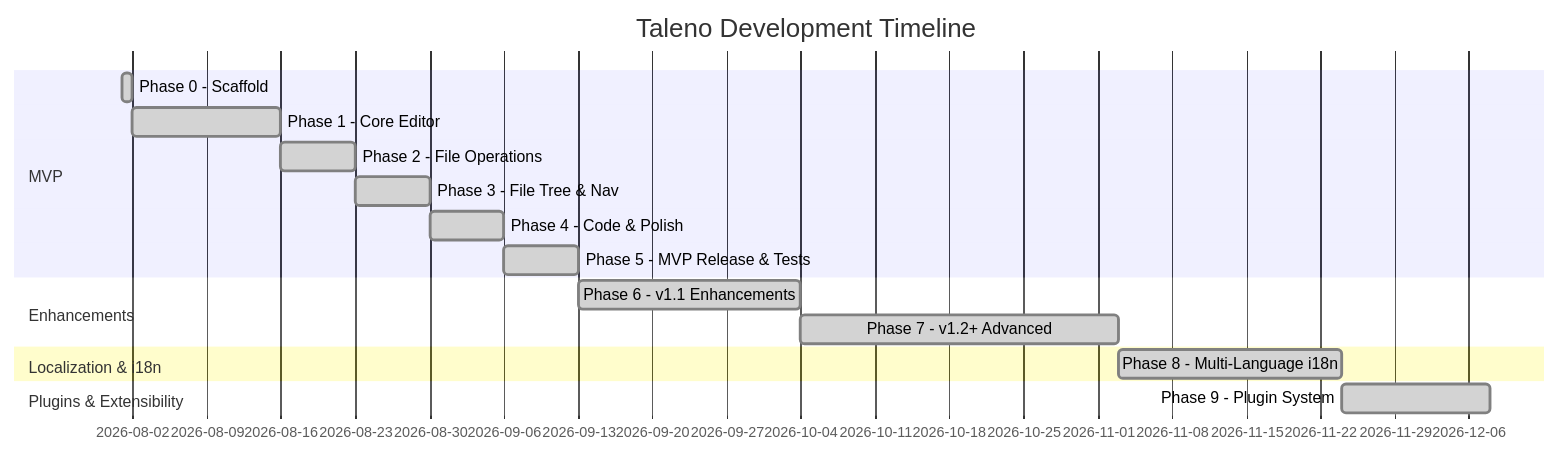
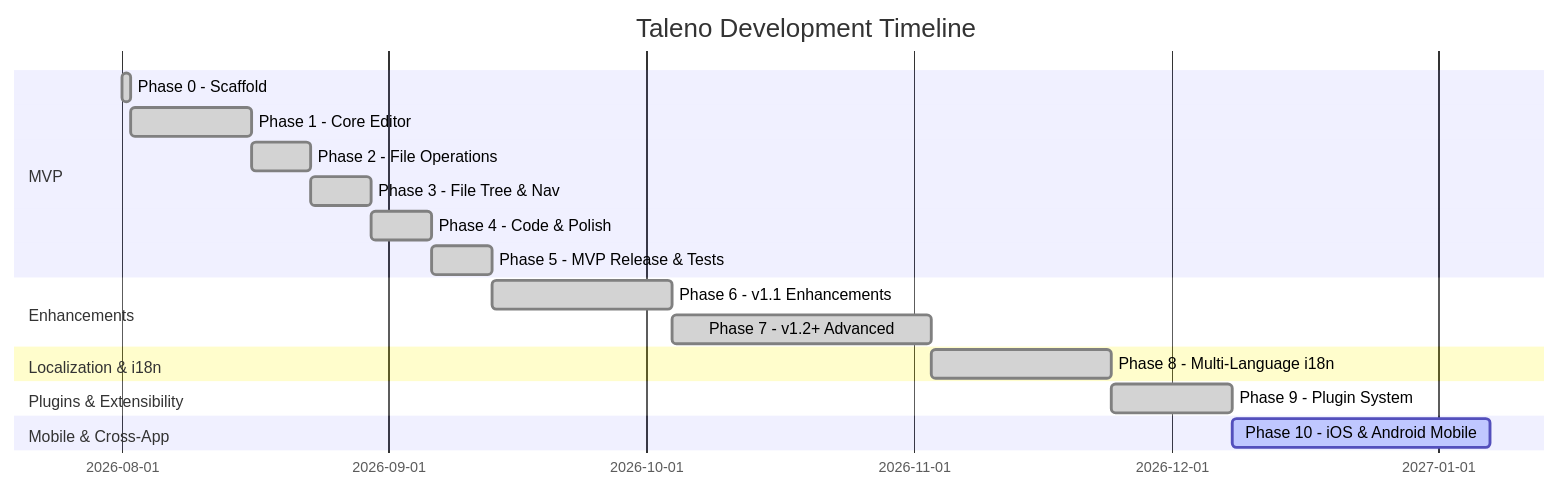
One commit to BerryUIKI/Lexora changed the diagram in docs/ROADMAP.md. Above: the diagram before and after it, drawn with Mermaid. The commit also changed other lines of this file and 5 other files, not shown here.

Commit message:
docs(mobile): add iOS and Android cross-platform documentation and architecture

````diff
--- a/docs/ROADMAP.md
+++ b/docs/ROADMAP.md
@@ -9,19 +9,21 @@
 ```mermaid
 gantt
     title Taleno Development Timeline
     dateFormat  YYYY-MM-DD
     section MVP
     Phase 0 - Scaffold             :done, p0, 2026-08-01, 1d
     Phase 1 - Core Editor          :done, p1, after p0, 14d
     Phase 2 - File Operations      :done, p2, after p1, 7d
     Phase 3 - File Tree & Nav      :done, p3, after p2, 7d
     Phase 4 - Code & Polish        :done, p4, after p3, 7d
     Phase 5 - MVP Release & Tests  :done, p5, after p4, 7d
     section Enhancements
     Phase 6 - v1.1 Enhancements    :done, p6, after p5, 21d
     Phase 7 - v1.2+ Advanced       :done, p7, after p6, 30d
     section Localization & i18n
     Phase 8 - Multi-Language i18n  :done, p8, after p7, 21d
     section Plugins & Extensibility
     Phase 9 - Plugin System        :done, p9, after p8, 14d
+    section Mobile & Cross-App
+    Phase 10 - iOS & Android Mobile:active, p10, after p9, 30d
 ```
````
